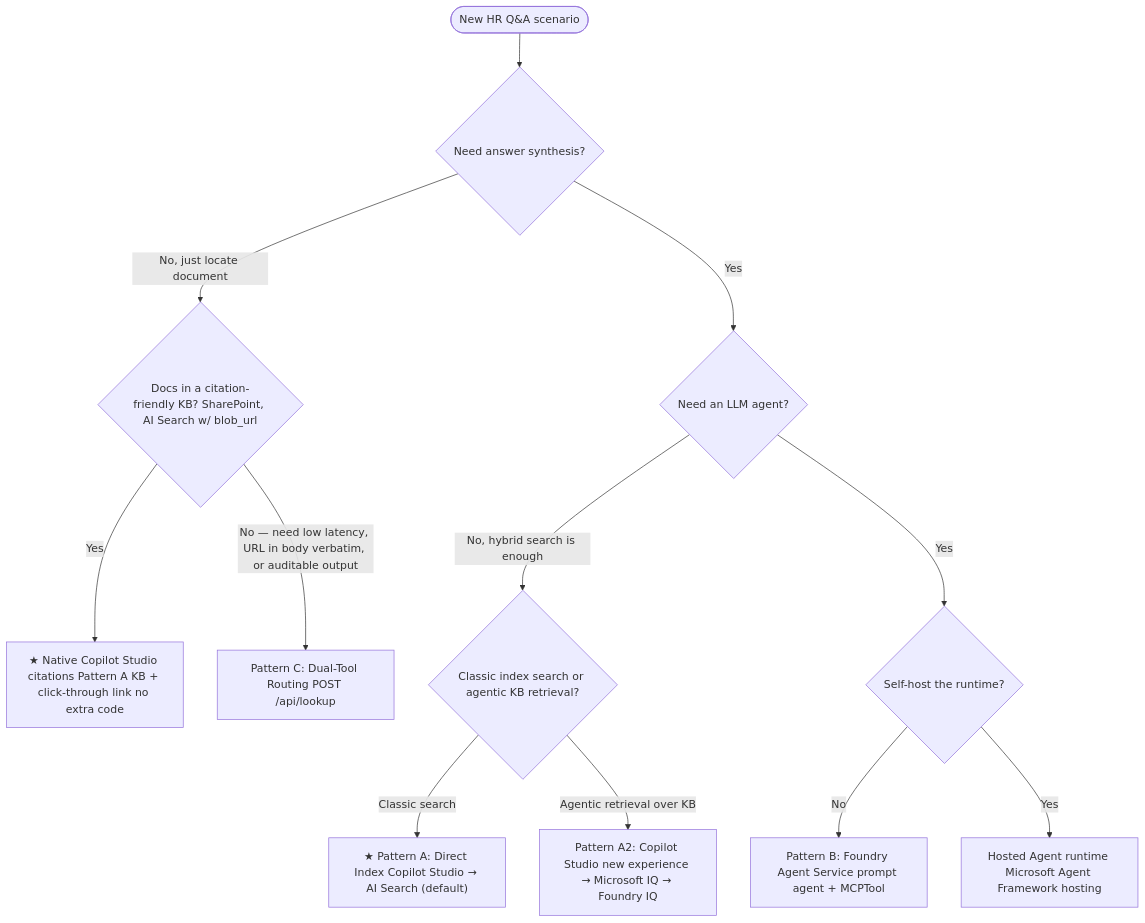
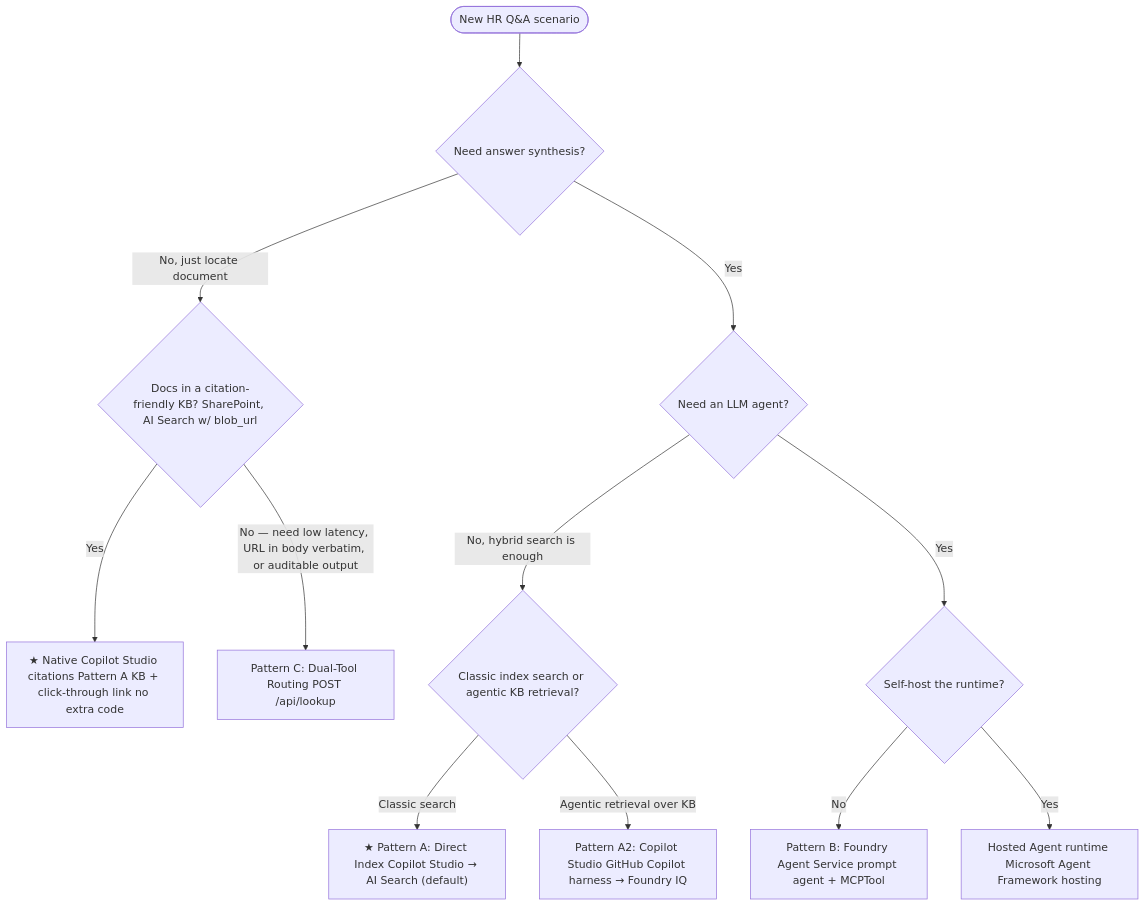
Before and after one commit to honestypugh2/foundry-copilot-hr-policy-knowledge: the diagram in README.md, drawn with Mermaid. The commit also changed other lines of this file and 48 other files, not shown here.

````diff
--- a/README.md
+++ b/README.md
@@ -43,14 +43,14 @@
 ```mermaid
 flowchart TD
     Start([ New HR Q&A scenario]) --> Q1{Need answer synthesis?}
     Q1 -- No, just locate document --> QL{Docs in a citation-friendly KB? SharePoint, AI Search w/ blob_url}
     QL -- Yes --> Native["★ Native Copilot Studio citations Pattern A KB + click-through link no extra code"]
     QL -- "No — need low latency, URL in body verbatim, or auditable output" --> C[Pattern C: Dual-Tool Routing POST /api/lookup]
     Q1 -- Yes --> Q2{Need an LLM agent?}
     Q2 -- "No, hybrid search is enough" --> QK{Classic index search or agentic KB retrieval?}
     QK -- Classic search --> A["★ Pattern A: Direct Index Copilot Studio → AI Search (default)"]
-    QK -- Agentic retrieval over KB --> A2["Pattern A2: Copilot Studio new experience → Microsoft IQ → Foundry IQ"]
+    QK -- Agentic retrieval over KB --> A2["Pattern A2: Copilot Studio GitHub Copilot harness → Foundry IQ"]
     Q2 -- Yes --> Q3{Self-host the runtime?}
     Q3 -- No --> B[Pattern B: Foundry Agent Service prompt agent + MCPTool]
     Q3 -- Yes --> H[Hosted Agent runtime Microsoft Agent Framework hosting]
 ```
````
